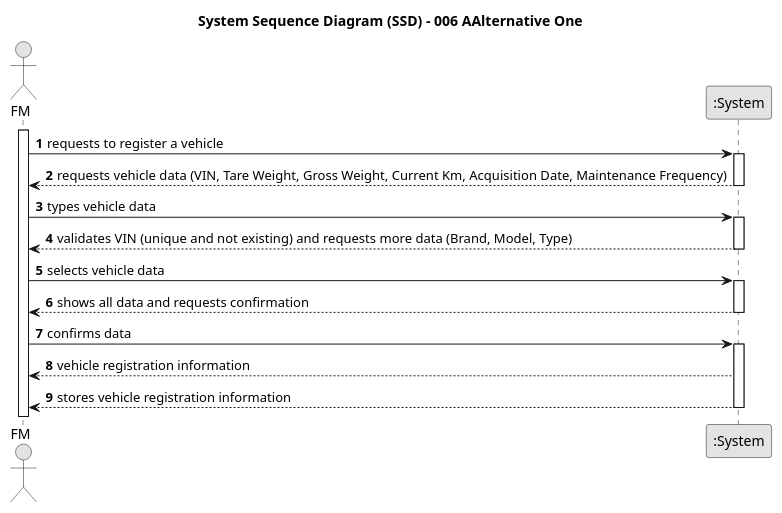
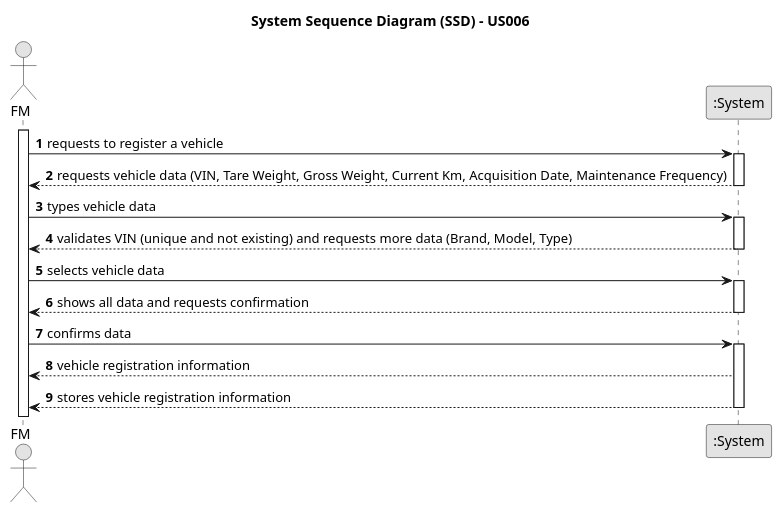
One commit to ricardomm7/leaflink changed the diagram in docs/sprintA/us006/01.requirements-engineering/puml/us006-system-sequence-diagram-alternative-one.puml. Above: the diagram before and after it, drawn with PlantUML. The commit also changed 7 other files, not shown here.

```diff
--- a/docs/sprintA/us006/01.requirements-engineering/puml/us006-system-sequence-diagram-alternative-one.puml
+++ b/docs/sprintA/us006/01.requirements-engineering/puml/us006-system-sequence-diagram-alternative-one.puml
@@ -1,40 +1,40 @@
 @startuml
 skinparam monochrome true
 skinparam packageStyle rectangle
 skinparam shadowing false
 
-title System Sequence Diagram (SSD) - 006 AAlternative One
+title System Sequence Diagram (SSD) - US006
 
 autonumber
 
 actor "FM" as FM
 participant ":System" as System
 
 activate FM
 
     FM -> System : requests to register a vehicle
     activate System
 
         System --> FM : requests vehicle data (VIN, Tare Weight, Gross Weight, Current Km, Acquisition Date, Maintenance Frequency)
     deactivate System
 
     FM -> System : types vehicle data
     activate System
 
         System --> FM : validates VIN (unique and not existing) and requests more data (Brand, Model, Type)
     deactivate System
 
     FM -> System : selects vehicle data
         activate System
 
         System --> FM : shows all data and requests confirmation
     deactivate System
 
     FM -> System : confirms data
     activate System
 
         System --> FM :  vehicle registration information
         System --> FM : stores vehicle registration information
     deactivate System
 
 @enduml
```
